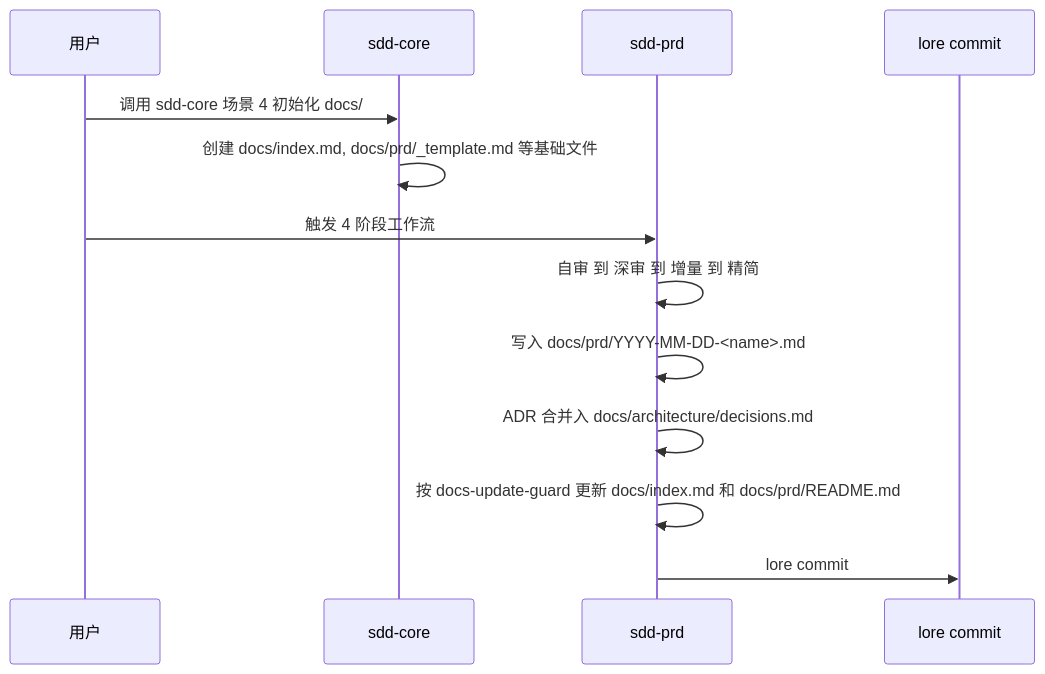
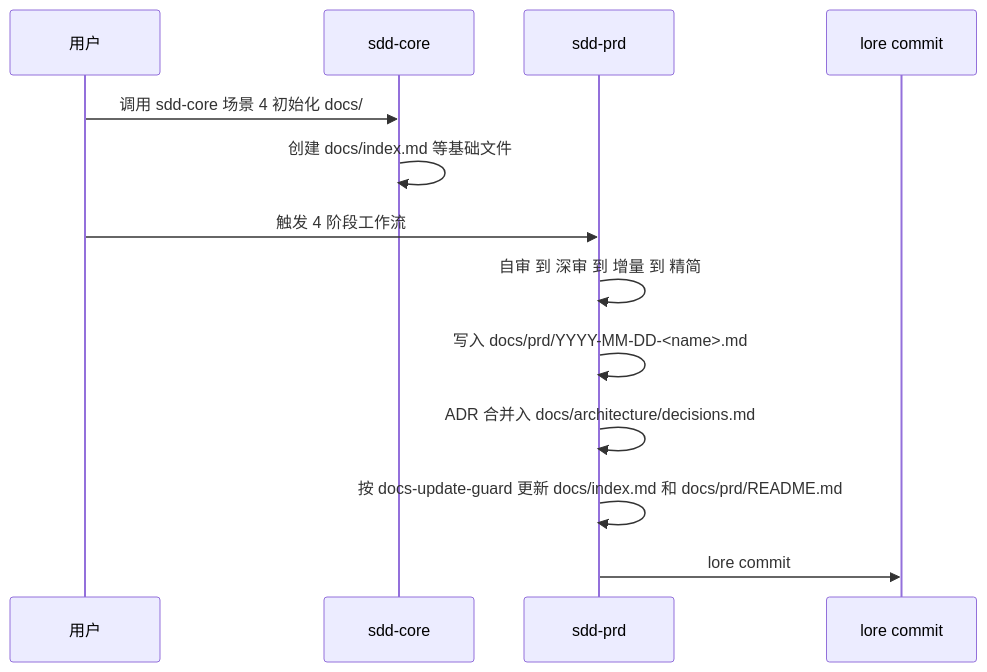
The first of 3 diagrams in plugins/sdd-pack/skills/sdd-prd/references/sdd-collaboration.md (Norman-pong/sdd-pack), drawn with Mermaid before and after one commit. The commit also changed other lines of this file and 24 other files, not shown here.

````diff
--- a/plugins/sdd-pack/skills/sdd-prd/references/sdd-collaboration.md
+++ b/plugins/sdd-pack/skills/sdd-prd/references/sdd-collaboration.md
@@ -124,15 +123,15 @@
 ```mermaid
 sequenceDiagram
     participant User as 用户
     participant Sdd as sdd-core
     participant SddPrd as sdd-prd
     participant Lore as lore commit
     User->>Sdd: 调用 sdd-core 场景 4 初始化 docs/
-    Sdd->>Sdd: 创建 docs/index.md, docs/prd/_template.md 等基础文件
+    Sdd->>Sdd: 创建 docs/index.md 等基础文件
     User->>SddPrd: 触发 4 阶段工作流
     SddPrd->>SddPrd: 自审 到 深审 到 增量 到 精简
     SddPrd->>SddPrd: 写入 docs/prd/YYYY-MM-DD-<name>.md
     SddPrd->>SddPrd: ADR 合并入 docs/architecture/decisions.md
     SddPrd->>SddPrd: 按 docs-update-guard 更新 docs/index.md 和 docs/prd/README.md
     SddPrd->>Lore: lore commit
 ```
````
